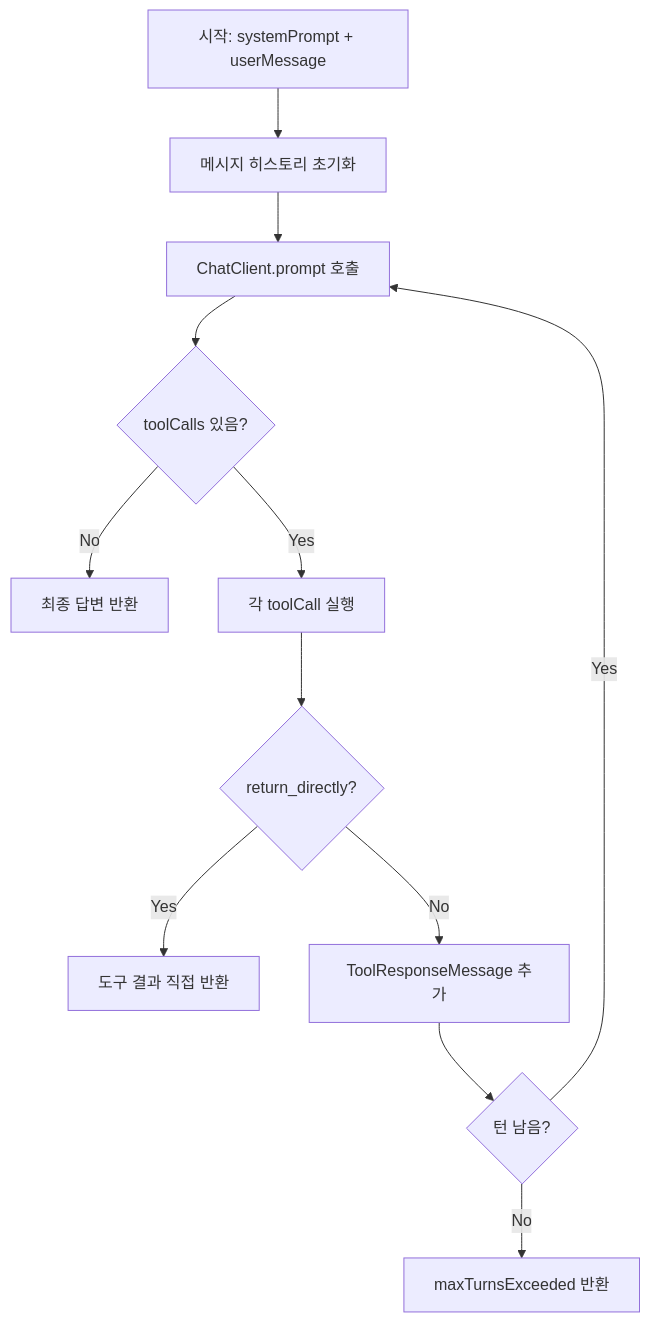
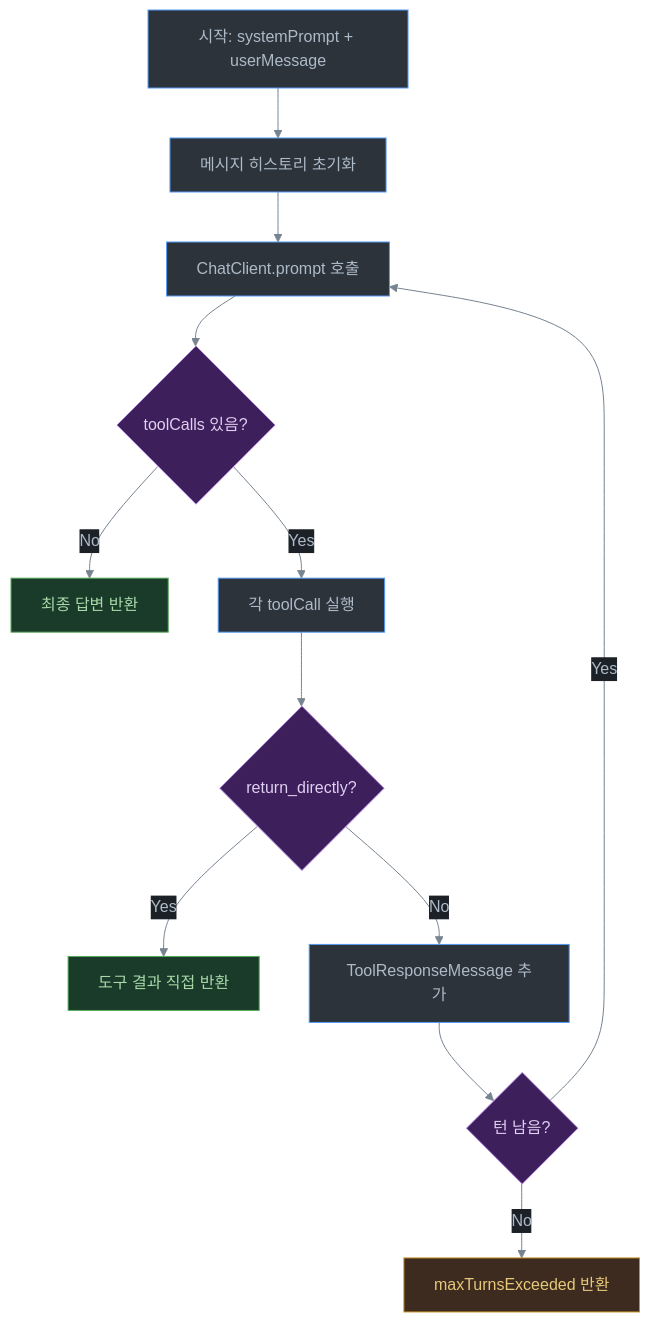
The first of 2 diagrams in docs/05-에이전트-시스템.md (yeochul-jeon/api-ai-agent), drawn with Mermaid before and after one commit. The commit also changed other lines of this file and 4 other files, not shown here.

First line of the commit message:
style: Mermaid 다이어그램 다크테마 스타일링 적용

````diff
--- a/docs/05-에이전트-시스템.md
+++ b/docs/05-에이전트-시스템.md
@@ -51,14 +51,19 @@
 ```mermaid
+%%{init: {'theme': 'base', 'themeVariables': {'primaryColor': '#2d333b', 'primaryTextColor': '#adbac7', 'primaryBorderColor': '#539bf5', 'secondaryColor': '#1c2128', 'secondaryTextColor': '#adbac7', 'secondaryBorderColor': '#444c56', 'tertiaryColor': '#1c2128', 'tertiaryTextColor': '#adbac7', 'tertiaryBorderColor': '#444c56', 'lineColor': '#768390', 'textColor': '#adbac7', 'mainBkg': '#2d333b', 'nodeBorder': '#539bf5', 'clusterBkg': '#1c2128', 'clusterBorder': '#444c56', 'titleColor': '#adbac7', 'edgeLabelBackground': '#1c2128'}}}%%
 graph TD
     A[시작: systemPrompt + userMessage] --> B[메시지 히스토리 초기화]
     B --> C[ChatClient.prompt 호출]
-    C --> D{toolCalls 있음?}
-    D -->|No| E[최종 답변 반환]
+    C --> D{toolCalls 있음?}:::decision
+    D -->|No| E[최종 답변 반환]:::success
     D -->|Yes| F[각 toolCall 실행]
-    F --> G{return_directly?}
-    G -->|Yes| H[도구 결과 직접 반환]
+    F --> G{return_directly?}:::decision
+    G -->|Yes| H[도구 결과 직접 반환]:::success
     G -->|No| I[ToolResponseMessage 추가]
-    I --> J{턴 남음?}
+    I --> J{턴 남음?}:::decision
     J -->|Yes| C
-    J -->|No| K[maxTurnsExceeded 반환]
+    J -->|No| K[maxTurnsExceeded 반환]:::warning
+
+    classDef decision fill:#3d1f5c,stroke:#b083e0,color:#e0d0f0
+    classDef success fill:#1a3a2a,stroke:#57ab5a,color:#a8d8a8
+    classDef warning fill:#3d2b1f,stroke:#c69026,color:#e8c87a
 ```
````
